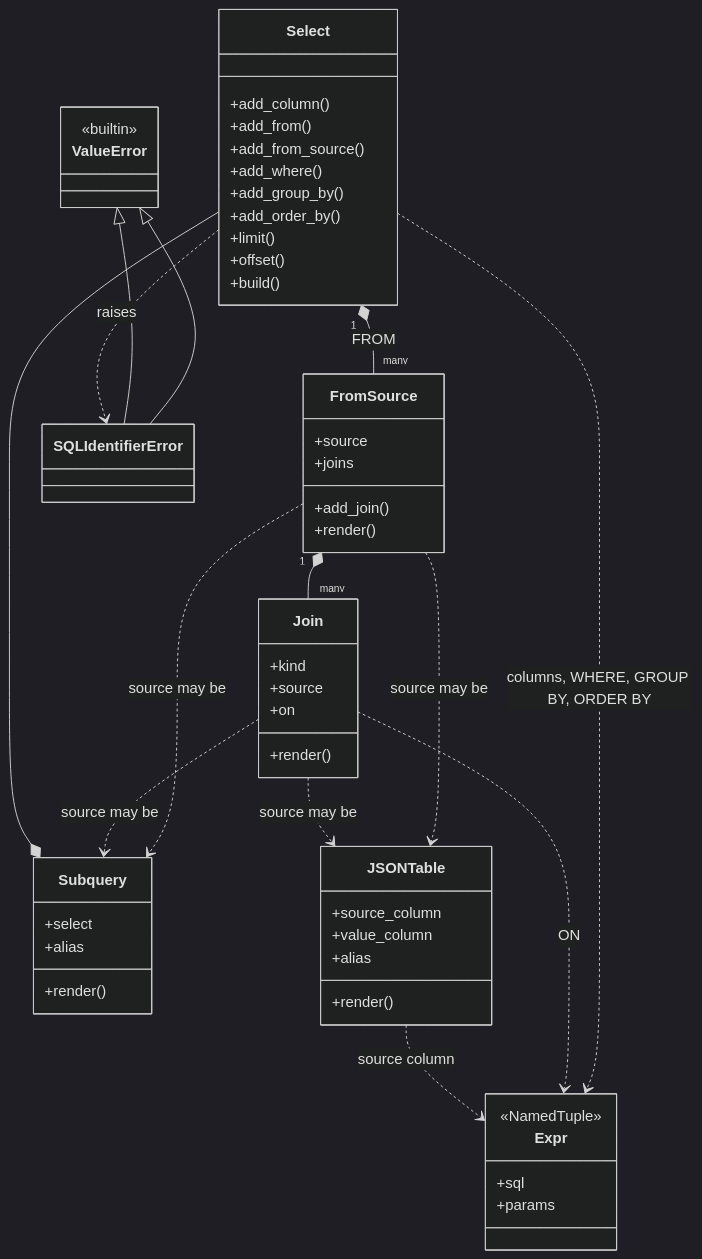
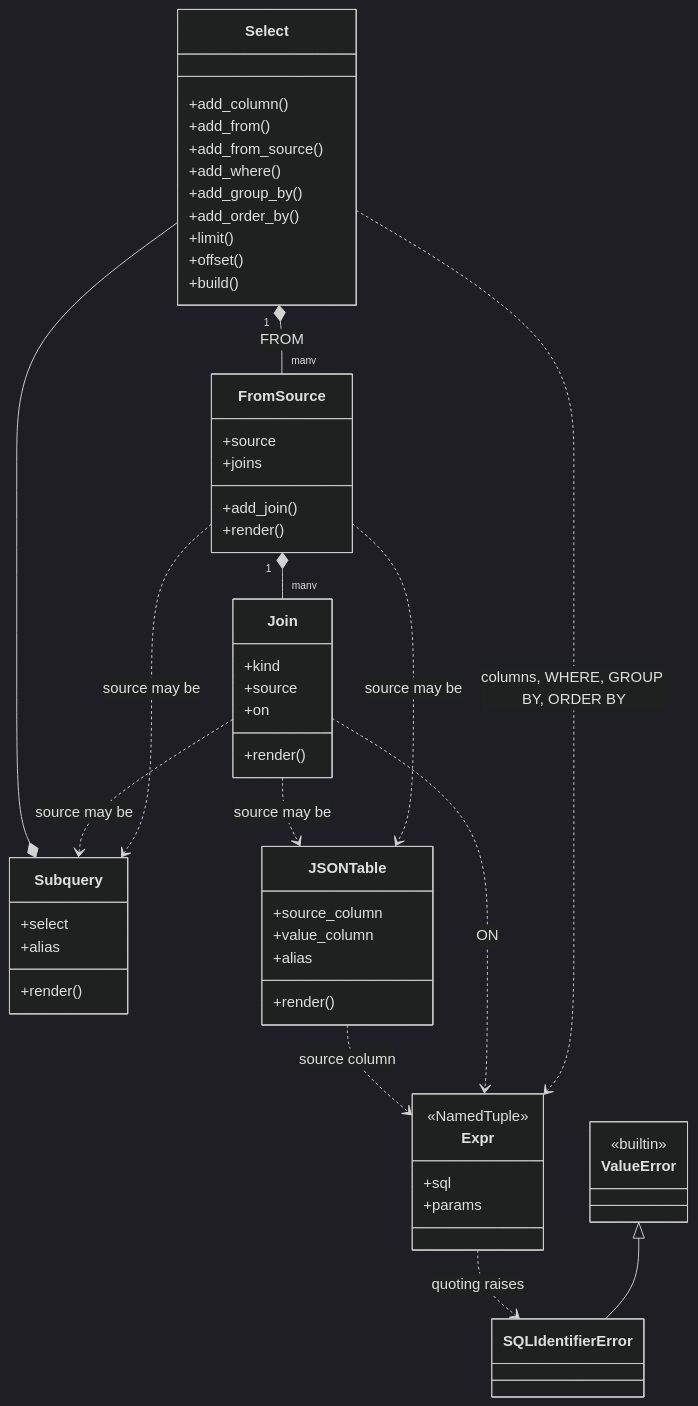
The diagram in docs/dev_guide_webapp_tools.rst (SETI/rms-opus), drawn with Mermaid (dark theme) before and after one commit. The commit also changed other lines of this file and 15 other files, not shown here.

```diff
--- a/docs/dev_guide_webapp_tools.rst
+++ b/docs/dev_guide_webapp_tools.rst
@@ -222,60 +222,59 @@
 .. mermaid::
 
     classDiagram
         class Expr {
             <<NamedTuple>>
             +sql
             +params
         }
         class Select {
             +add_column()
             +add_from()
             +add_from_source()
             +add_where()
             +add_group_by()
             +add_order_by()
             +limit()
             +offset()
             +build()
         }
         class FromSource {
             +source
             +joins
             +add_join()
             +render()
         }
         class Join {
             +kind
             +source
             +on
             +render()
         }
         class Subquery {
             +select
             +alias
             +render()
         }
         class JSONTable {
             +source_column
             +value_column
             +alias
             +render()
         }
         class ValueError {
             <<builtin>>
         }
         class SQLIdentifierError
 
         Select "1" *-- "many" FromSource : FROM
         FromSource "1" *-- "many" Join
         FromSource ..> Subquery : source may be
         FromSource ..> JSONTable : source may be
         Join ..> Subquery : source may be
         Join ..> JSONTable : source may be
         Subquery *-- Select
         Select ..> Expr : columns, WHERE, GROUP BY, ORDER BY
         Join ..> Expr : ON
         JSONTable ..> Expr : source column
         ValueError <|-- SQLIdentifierError
-        ValueError <|-- SQLIdentifierError
-        Select ..> SQLIdentifierError : raises
+        Expr ..> SQLIdentifierError : quoting raises
```
